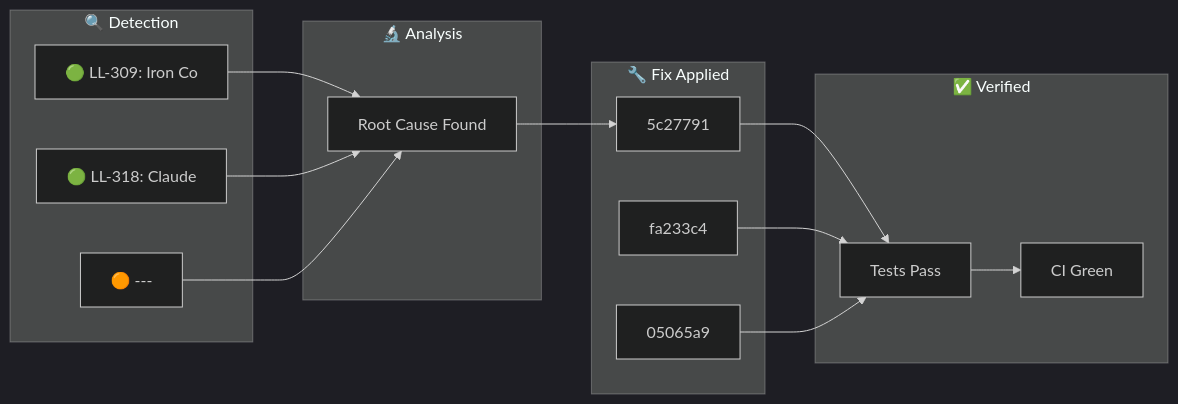
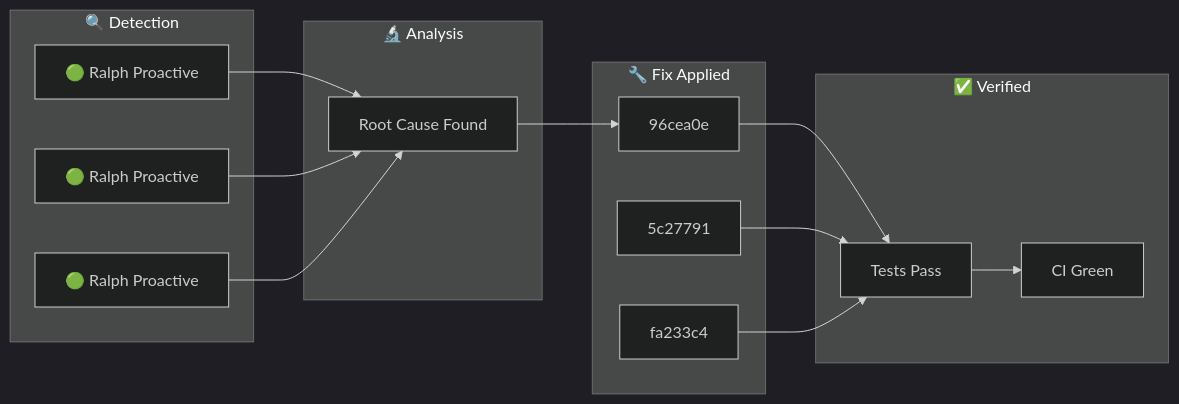
Before and after one commit to YoByron/trading: the diagram in docs/_posts/2026-02-01-ralph-discovery.md, drawn with Mermaid (dark theme). The commit also changed other lines of this file, not shown here.

Commit message:
docs(ralph): Auto-publish discovery blog post

````diff
--- a/docs/_posts/2026-02-01-ralph-discovery.md
+++ b/docs/_posts/2026-02-01-ralph-discovery.md
@@ -17,28 +17,28 @@
 ```mermaid
 flowchart LR
     subgraph Detection["🔍 Detection"]
-        D1["🟢 LL-309: Iron Co"]
-        D2["🟢 LL-318: Claude "]
-        D3["🟠 ---"]
+        D1["🟢 Ralph Proactive"]
+        D2["🟢 Ralph Proactive"]
+        D3["🟢 Ralph Proactive"]
     end
     subgraph Analysis["🔬 Analysis"]
         A1["Root Cause Found"]
     end
     subgraph Fix["🔧 Fix Applied"]
-        F1["5c27791"]
-        F2["fa233c4"]
-        F3["05065a9"]
+        F1["96cea0e"]
+        F2["5c27791"]
+        F3["fa233c4"]
     end
     subgraph Verify["✅ Verified"]
         V1["Tests Pass"]
         V2["CI Green"]
     end
     D1 --> A1
     D2 --> A1
     D3 --> A1
     A1 --> F1
     F1 --> V1
     F2 --> V1
     F3 --> V1
     V1 --> V2
 ```
````
